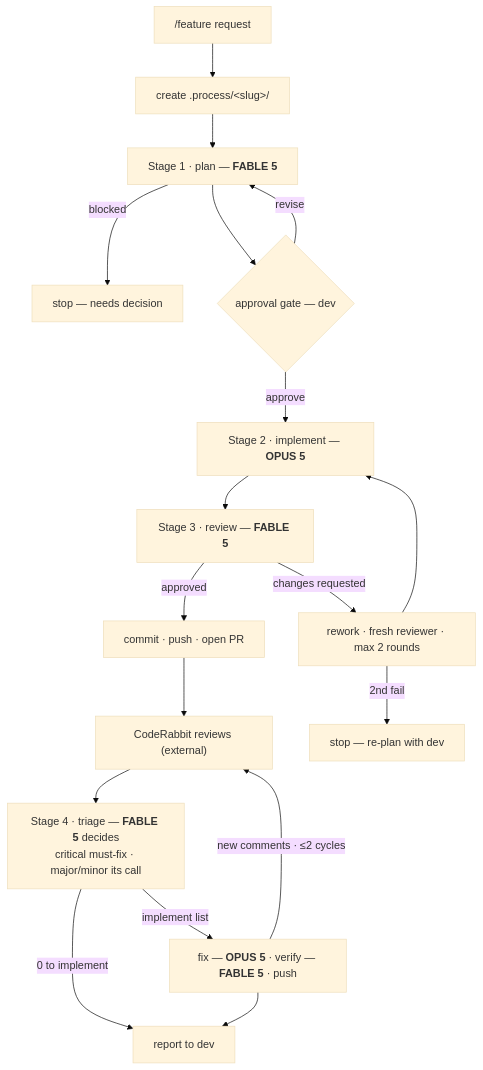
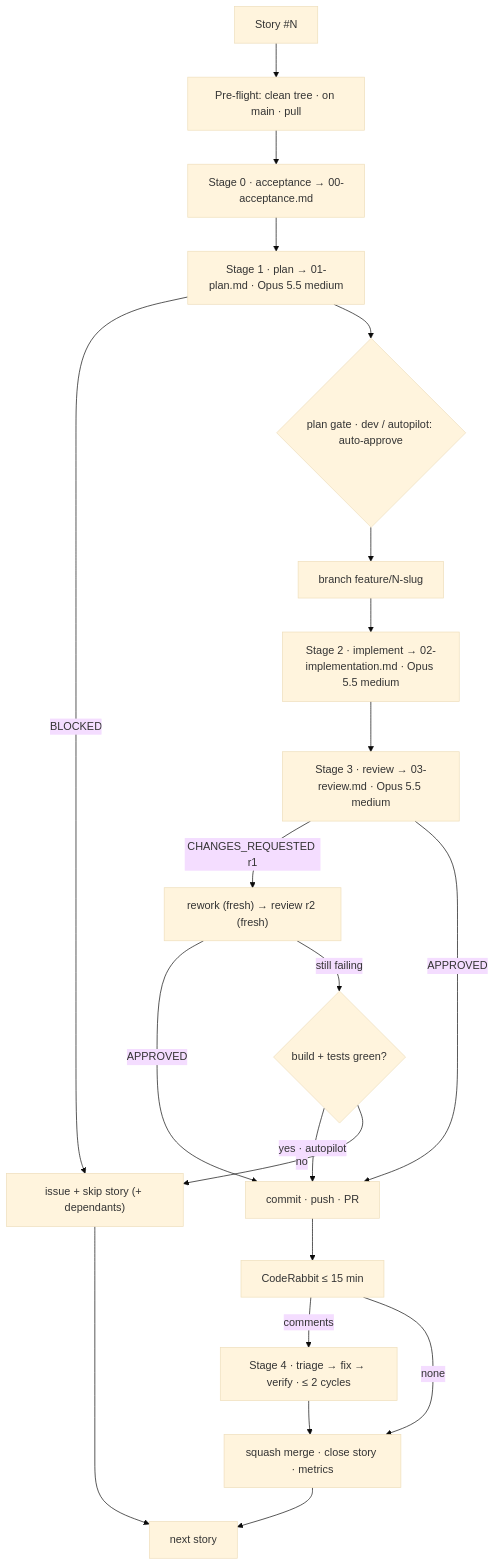
Before and after one commit to MohamedEbrahimMohsen/elmanhg: the diagram in .claude/commands/feature.md, drawn with Mermaid (base theme). The commit also changed other lines of this file and 247 other files, not shown here.

````diff
--- a/.claude/commands/feature.md
+++ b/.claude/commands/feature.md
@@ -34,20 +35,23 @@
 ```mermaid
 flowchart TD
-  A["/feature request"] --> S["create .process/&lt;slug&gt;/"]
-  S --> P["Stage 1 · plan — <b>FABLE 5</b>"]
-  P -->|blocked| B["stop — needs decision"]
-  P --> G{"approval gate — dev"}
-  G -->|revise| P
-  G -->|approve| I["Stage 2 · implement — <b>OPUS 5</b>"]
-  I --> R["Stage 3 · review — <b>FABLE 5</b>"]
-  R -->|approved| PR["commit · push · open PR"]
-  R -->|changes requested| C["rework · fresh reviewer · max 2 rounds"]
-  C --> I
-  C -->|2nd fail| X["stop — re-plan with dev"]
-  PR --> CR["CodeRabbit reviews (external)"]
-  CR --> T["Stage 4 · triage — <b>FABLE 5</b> decides<br/>critical must-fix · major/minor its call"]
-  T -->|0 to implement| D["report to dev"]
-  T -->|implement list| F["fix — <b>OPUS 5</b> · verify — <b>FABLE 5</b> · push"]
-  F -->|new comments · ≤2 cycles| CR
-  F --> D
+  S["Story #N"] --> PF["Pre-flight: clean tree · on main · pull"]
+  PF --> A["Stage 0 · acceptance → 00-acceptance.md"]
+  A --> P["Stage 1 · plan → 01-plan.md · Opus 5.5 medium"]
+  P -->|BLOCKED| BI["issue + skip story (+ dependants)"]
+  P --> G{"plan gate · dev / autopilot: auto-approve"}
+  G --> BR["branch feature/N-slug"]
+  BR --> I["Stage 2 · implement → 02-implementation.md · Opus 5.5 medium"]
+  I --> R["Stage 3 · review → 03-review.md · Opus 5.5 medium"]
+  R -->|CHANGES_REQUESTED r1| RW["rework (fresh) → review r2 (fresh)"]
+  RW -->|APPROVED| PR
+  RW -->|still failing| D{"build + tests green?"}
+  D -->|yes · autopilot| PR
+  D -->|no| BI
+  R -->|APPROVED| PR["commit · push · PR"]
+  PR --> CR["CodeRabbit ≤ 15 min"]
+  CR -->|comments| T["Stage 4 · triage → fix → verify · ≤ 2 cycles"]
+  CR -->|none| M
+  T --> M["squash merge · close story · metrics"]
+  M --> N["next story"]
+  BI --> N
 ```
````
